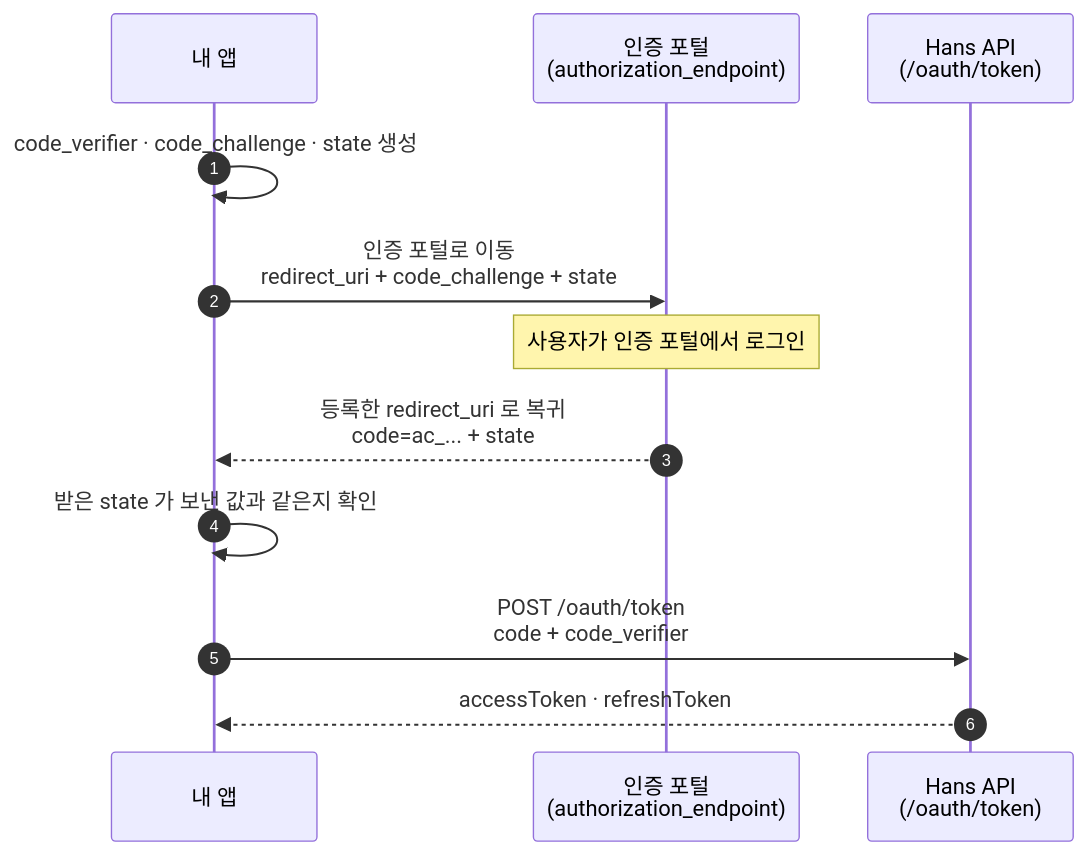
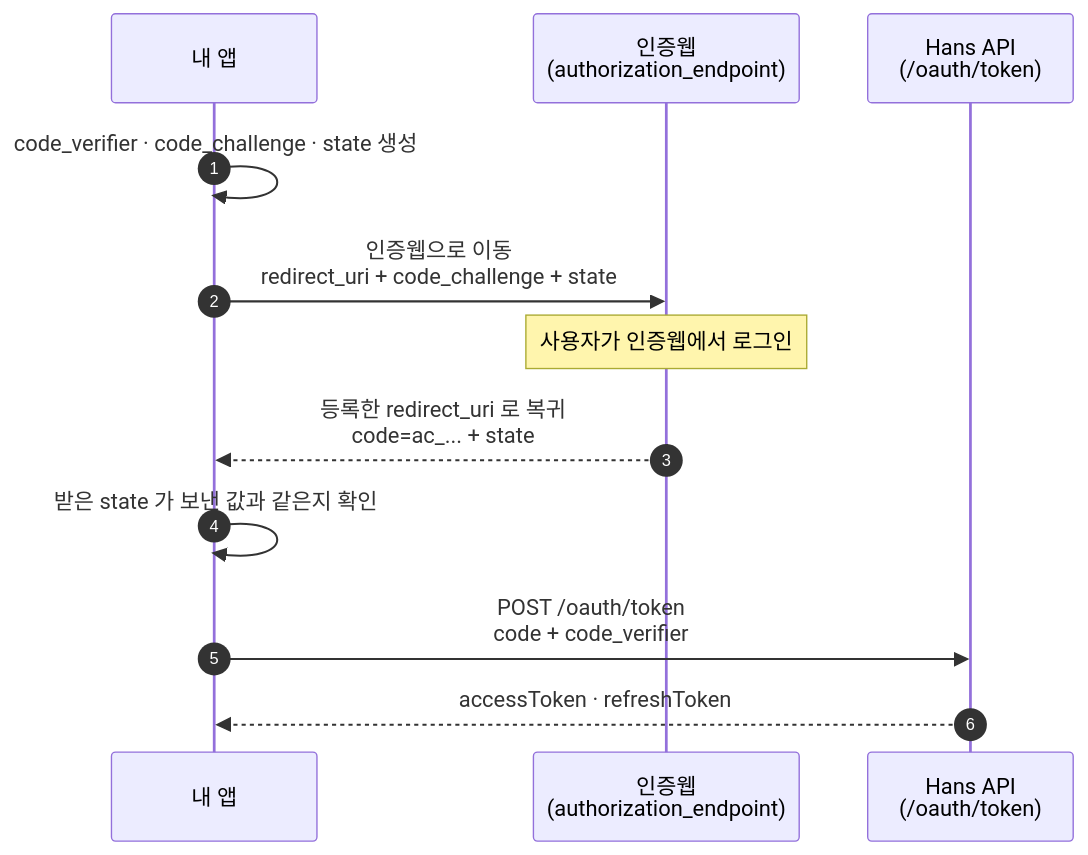
Before and after one commit to plzhans/hans-app: the diagram in frontend/hansapp-docs/common.md, drawn with Mermaid. The commit also changed other lines of this file, not shown here.

Commit message:
docs: 인증 포털을 인증웹으로 바로잡는다
포털은 hansapp-web(개발자 콘솔)을 가리키는 말이라 로그인 화면을 그렇게 부르면
같은 문서 안에서 두 앱이 한 이름이 된다.

````diff
--- a/frontend/hansapp-docs/common.md
+++ b/frontend/hansapp-docs/common.md
@@ -111,15 +111,15 @@
 ```mermaid
 sequenceDiagram
     autonumber
     participant App as 내 앱
-    participant Auth as 인증 포털<br/>(authorization_endpoint)
+    participant Auth as 인증웹<br/>(authorization_endpoint)
     participant API as Hans API<br/>(/oauth/token)
 
     App->>App: code_verifier · code_challenge · state 생성
-    App->>Auth: 인증 포털로 이동<br/>redirect_uri + code_challenge + state
-    Note over Auth: 사용자가 인증 포털에서 로그인
+    App->>Auth: 인증웹으로 이동<br/>redirect_uri + code_challenge + state
+    Note over Auth: 사용자가 인증웹에서 로그인
     Auth-->>App: 등록한 redirect_uri 로 복귀<br/>code=ac_... + state
     App->>App: 받은 state 가 보낸 값과 같은지 확인
     App->>API: POST /oauth/token<br/>code + code_verifier
     API-->>App: accessToken · refreshToken
 ```
````
